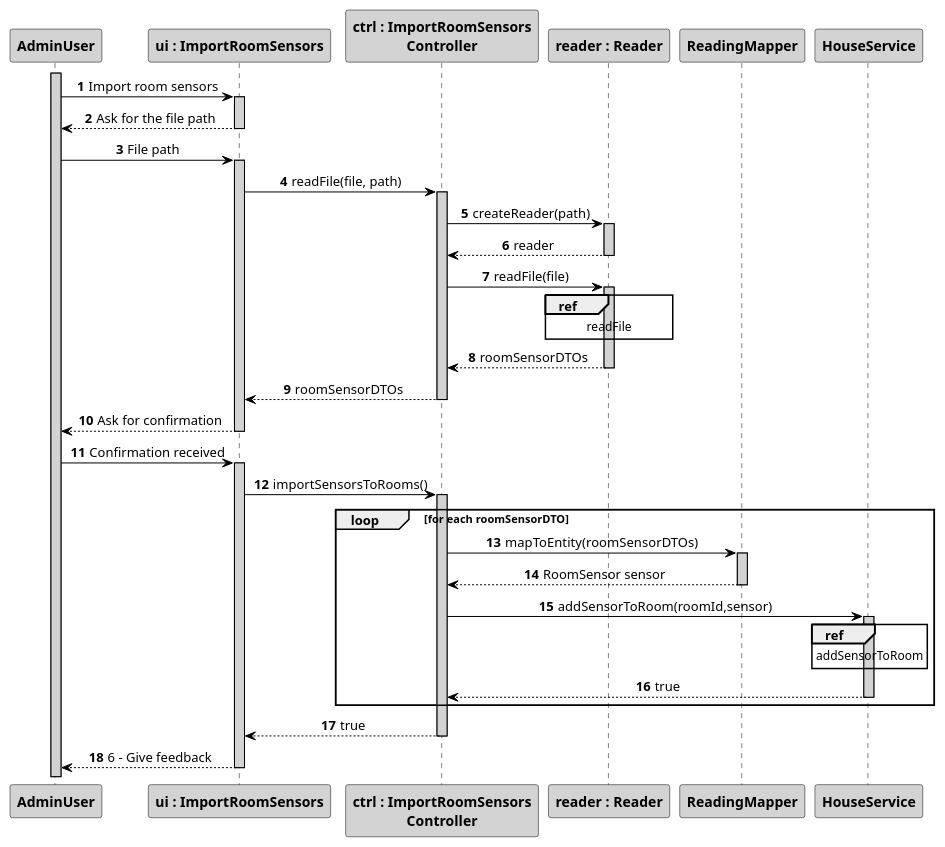
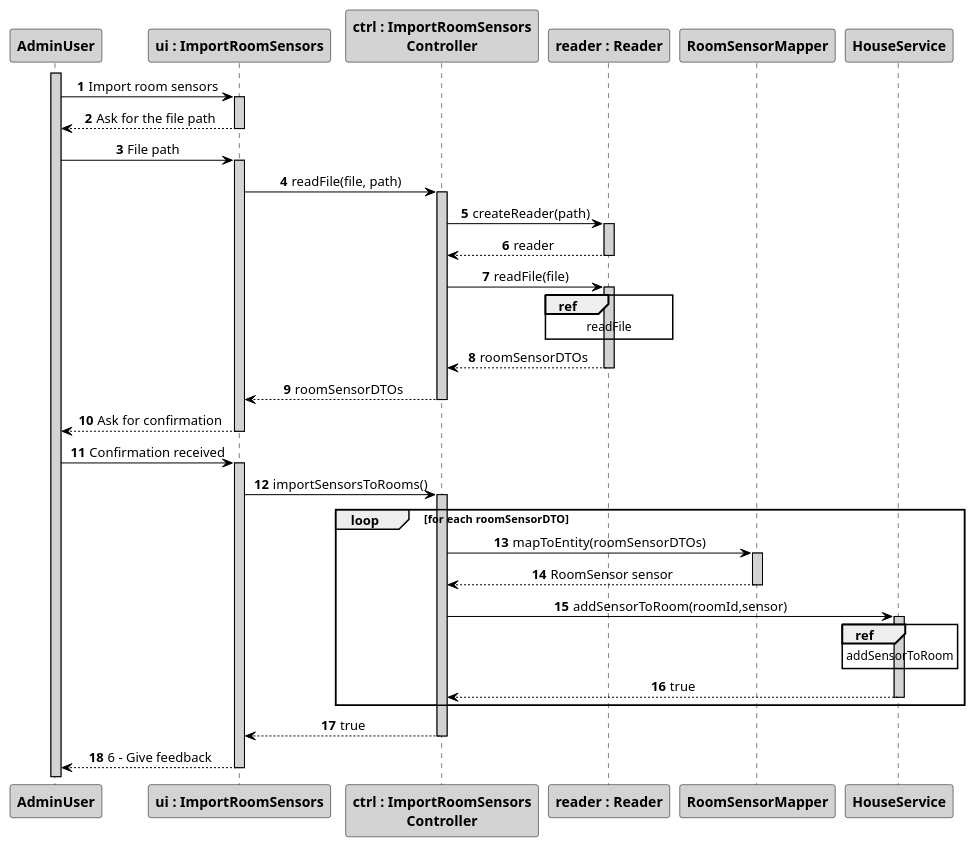
The diagram in src/main/java/pt/ipp/isep/dei/project/controllers/importroomsensors/SD_ImportRoomSensors.puml (1181687/hateoasToy), drawn with PlantUML before and after one commit. The commit also changed 1 other file, not shown here.

```diff
--- a/src/main/java/pt/ipp/isep/dei/project/controllers/importroomsensors/SD_ImportRoomSensors.puml
+++ b/src/main/java/pt/ipp/isep/dei/project/controllers/importroomsensors/SD_ImportRoomSensors.puml
@@ -1,68 +1,68 @@
 @startuml
 autonumber
 skinparam sequenceMessageAlign center
 skinparam sequence {
 	ArrowColor Black
 	ActorBorderColor DarkBlue
 	LifeLineBorderColor black
 	LifeLineBackgroundColor LightGrey
 
 	ParticipantBorderColor Black
 	ParticipantBackgroundColor LightGrey
 	ParticipantFontStyle Bold
 
 	ActorBackgroundColor DimGrey
 	ActorFontColor DeepSkyBlue
 	ActorFontStyle Bold
 	ActorFontSize 17
 	ActorFontName Aapex
 }
 
 activate AdminUser
 actor AdminUser
 
 AdminUser -> "ui : ImportRoomSensors": Import room sensors
 activate "ui : ImportRoomSensors"
 "ui : ImportRoomSensors" --> AdminUser: Ask for the file path
 deactivate "ui : ImportRoomSensors"
 AdminUser -> "ui : ImportRoomSensors": File path
 activate "ui : ImportRoomSensors"
 "ui : ImportRoomSensors" -> "ctrl : ImportRoomSensors\nController": readFile(file, path)
 activate "ctrl : ImportRoomSensors\nController"
 "ctrl : ImportRoomSensors\nController" -> "reader : Reader": createReader(path)
 activate "reader : Reader"
 "reader : Reader" --> "ctrl : ImportRoomSensors\nController": reader
 deactivate "reader : Reader"
 "ctrl : ImportRoomSensors\nController" -> "reader : Reader": readFile(file)
 activate "reader : Reader"
 ref over "reader : Reader"
 readFile
 end
 "reader : Reader" --> "ctrl : ImportRoomSensors\nController": roomSensorDTOs
 deactivate "reader : Reader"
 "ctrl : ImportRoomSensors\nController" --> "ui : ImportRoomSensors": roomSensorDTOs
 deactivate "ctrl : ImportRoomSensors\nController"
 "ui : ImportRoomSensors" --> AdminUser: Ask for confirmation
 deactivate "ui : ImportRoomSensors"
 AdminUser -> "ui : ImportRoomSensors": Confirmation received
 activate "ui : ImportRoomSensors"
 "ui : ImportRoomSensors" -> "ctrl : ImportRoomSensors\nController": importSensorsToRooms()
 activate "ctrl : ImportRoomSensors\nController"
 loop for each roomSensorDTO
-"ctrl : ImportRoomSensors\nController" -> ReadingMapper: mapToEntity(roomSensorDTOs)
-activate ReadingMapper
-ReadingMapper --> "ctrl : ImportRoomSensors\nController": RoomSensor sensor
-deactivate ReadingMapper
+"ctrl : ImportRoomSensors\nController" -> RoomSensorMapper: mapToEntity(roomSensorDTOs)
+activate RoomSensorMapper
+RoomSensorMapper --> "ctrl : ImportRoomSensors\nController": RoomSensor sensor
+deactivate RoomSensorMapper
 "ctrl : ImportRoomSensors\nController" -> "HouseService": addSensorToRoom(roomId,sensor)
 activate HouseService
 ref over HouseService
 addSensorToRoom
 end
 "HouseService" --> "ctrl : ImportRoomSensors\nController": true
 deactivate HouseService
 end loop
 "ctrl : ImportRoomSensors\nController" --> "ui : ImportRoomSensors": true
 deactivate "ctrl : ImportRoomSensors\nController"
 "ui : ImportRoomSensors" --> AdminUser: 6 - Give feedback
 deactivate "ui : ImportRoomSensors"
 @enduml
```
